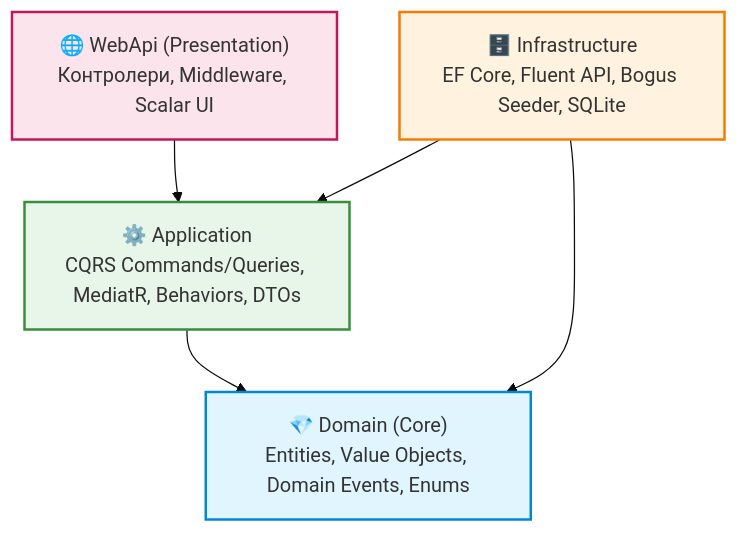
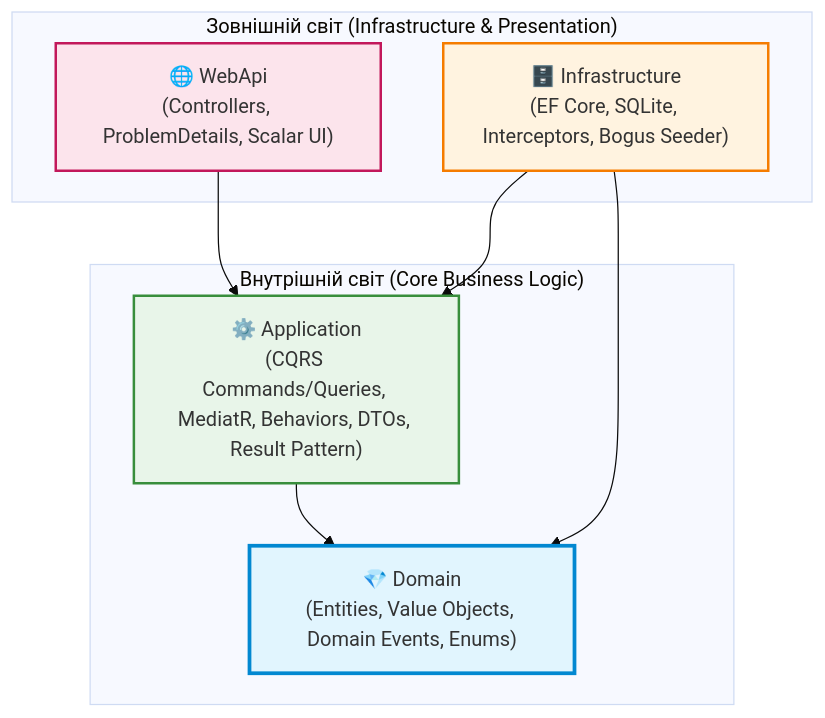
The diagram in README.md (MrTomkaYurii/AspNet-CleanArchitecture-Mastery), drawn with Mermaid (base theme) before and after one commit. The commit also changed other lines of this file and 8 other files, not shown here.

Commit message:
feat: add Result pattern, 26-slide Clean Architecture presentation, and interactive navigation

````diff
--- a/README.md
+++ b/README.md
@@ -31,12 +71,22 @@
 ```mermaid
 graph TD
-    UI["🌐 WebApi (Presentation)<br/>Контролери, Middleware, Scalar UI"] --> App["⚙️ Application<br/>CQRS Commands/Queries, MediatR, Behaviors, DTOs"]
-    Infra["🗄️ Infrastructure<br/>EF Core, Fluent API, Bogus Seeder, SQLite"] --> App
-    Infra --> Domain["💎 Domain (Core)<br/>Entities, Value Objects, Domain Events, Enums"]
-    App --> Domain
-    
-    style Domain fill:#e1f5fe,stroke:#0288d1,stroke-width:2px;
+    subgraph "Зовнішній світ (Infrastructure & Presentation)"
+        Web["🌐 WebApi<br/>(Controllers, ProblemDetails, Scalar UI)"]
+        Infra["🗄️ Infrastructure<br/>(EF Core, SQLite, Interceptors, Bogus Seeder)"]
+    end
+
+    subgraph "Внутрішній світ (Core Business Logic)"
+        App["⚙️ Application<br/>(CQRS Commands/Queries, MediatR, Behaviors, DTOs, Result Pattern)"]
+        Dom["💎 Domain<br/>(Entities, Value Objects, Domain Events, Enums)"]
+    end
+
+    Web --> App
+    Infra --> App
+    Infra --> Dom
+    App --> Dom
+
+    style Dom fill:#e1f5fe,stroke:#0288d1,stroke-width:3px;
     style App fill:#e8f5e9,stroke:#388e3c,stroke-width:2px;
     style Infra fill:#fff3e0,stroke:#f57c00,stroke-width:2px;
-    style UI fill:#fce4ec,stroke:#c2185b,stroke-width:2px;
+    style Web fill:#fce4ec,stroke:#c2185b,stroke-width:2px;
 ```
````
